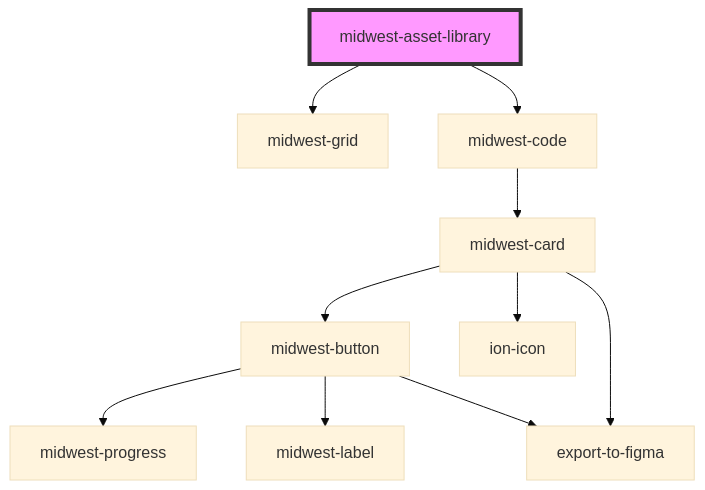
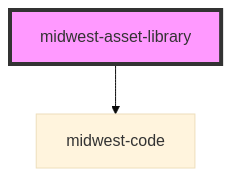
Before and after one commit to splitinfinities/Midwest: the diagram in packages/helpers/docs/components/asset-library/readme.md, drawn with Mermaid (base theme). The commit also changed other lines of this file and 33 other files, not shown here.

````diff
--- a/packages/helpers/docs/components/asset-library/readme.md
+++ b/packages/helpers/docs/components/asset-library/readme.md
@@ -16,13 +15,5 @@
 ```mermaid
 graph TD;
-  midwest-asset-library --> midwest-grid
   midwest-asset-library --> midwest-code
-  midwest-code --> midwest-card
-  midwest-card --> midwest-button
-  midwest-card --> ion-icon
-  midwest-card --> export-to-figma
-  midwest-button --> midwest-progress
-  midwest-button --> midwest-label
-  midwest-button --> export-to-figma
   style midwest-asset-library fill:#f9f,stroke:#333,stroke-width:4px
 ```
````
